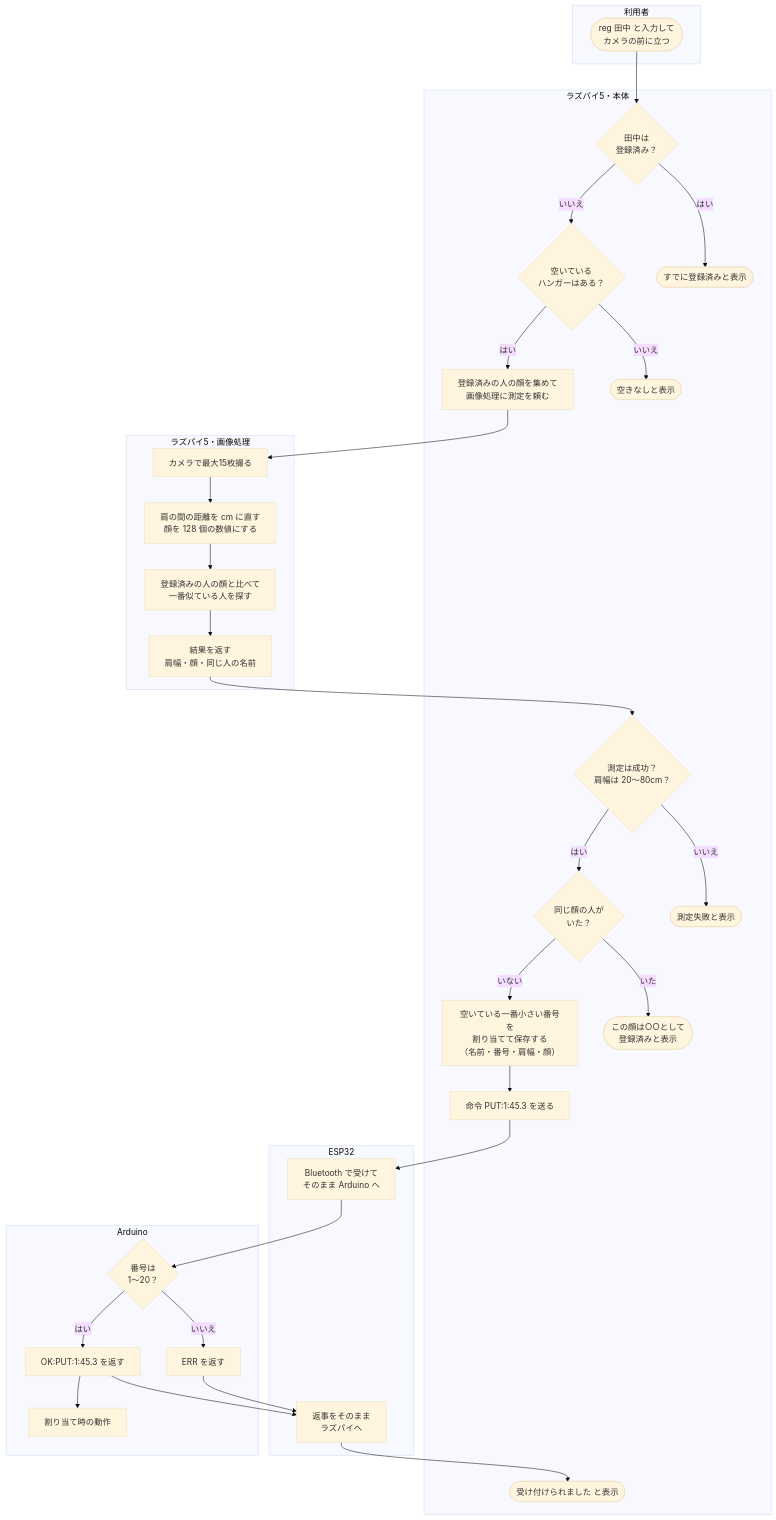
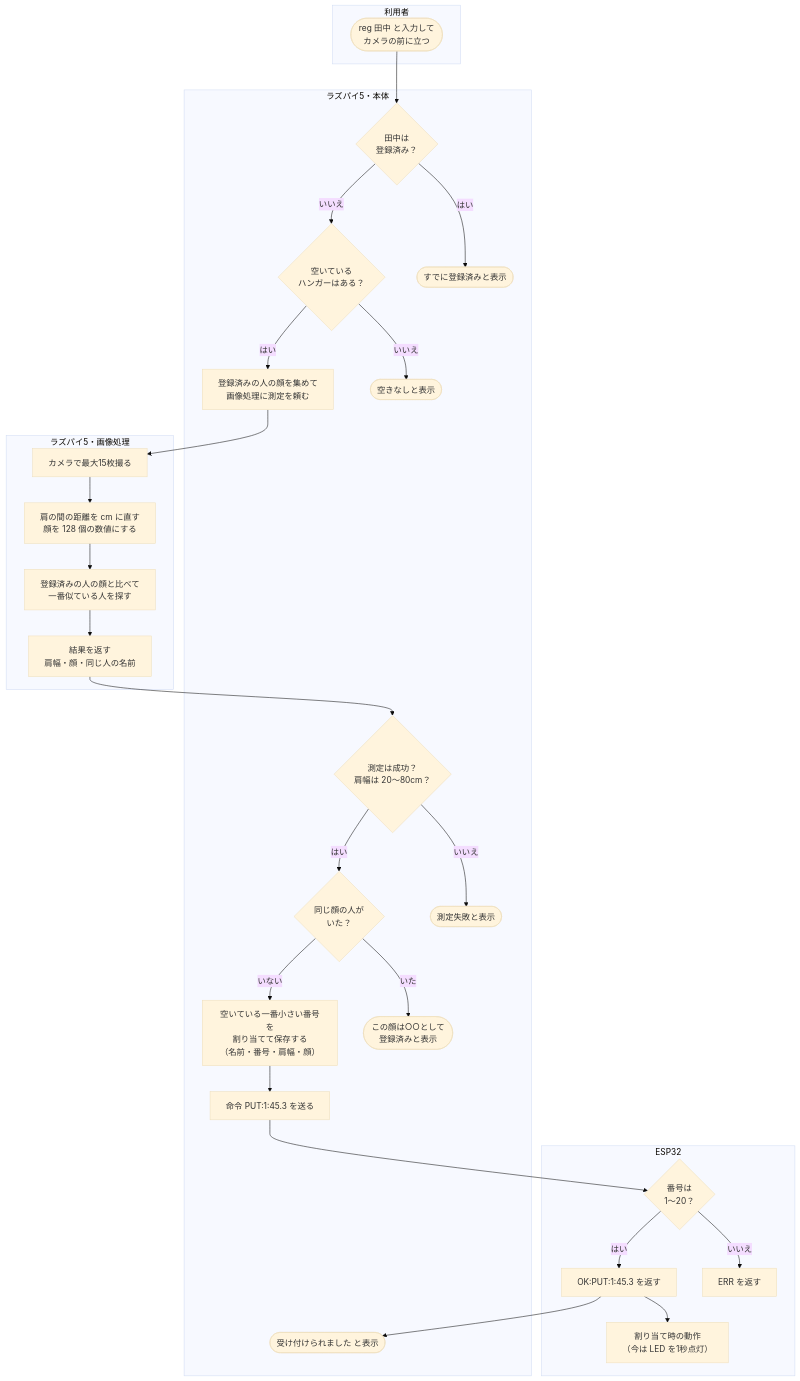
The first of 2 diagrams in FLOW.md (NUMAyu-stu/Hanger-system-forAll), drawn with Mermaid (base theme) before and after one commit. The commit also changed other lines of this file and 19 other files, not shown here.

````diff
--- a/FLOW.md
+++ b/FLOW.md
@@ -36,54 +36,48 @@
 ```mermaid
 flowchart TD
   subgraph U["利用者"]
     A(["reg 田中 と入力して<br/>カメラの前に立つ"])
   end
   subgraph B["ラズパイ5・本体"]
     B1{"田中は<br/>登録済み？"}
     B2{"空いている<br/>ハンガーはある？"}
     B3["登録済みの人の顔を集めて<br/>画像処理に測定を頼む"]
     B4{"測定は成功？<br/>肩幅は 20〜80cm？"}
     B5{"同じ顔の人が<br/>いた？"}
     B6["空いている一番小さい番号を<br/>割り当てて保存する<br/>（名前・番号・肩幅・顔）"]
     B7["命令 PUT:1:45.3 を送る"]
     B8(["受け付けられました と表示"])
     X1(["すでに登録済みと表示"])
     X2(["空きなしと表示"])
     X3(["測定失敗と表示"])
     X4(["この顔は○○として<br/>登録済みと表示"])
   end
   subgraph V["ラズパイ5・画像処理"]
     V1["カメラで最大15枚撮る"]
     V2["肩の間の距離を cm に直す<br/>顔を 128 個の数値にする"]
     V3["登録済みの人の顔と比べて<br/>一番似ている人を探す"]
     V4["結果を返す<br/>肩幅・顔・同じ人の名前"]
   end
   subgraph E["ESP32"]
-    E1["Bluetooth で受けて<br/>そのまま Arduino へ"]
-    E2["返事をそのまま<br/>ラズパイへ"]
-  end
-  subgraph R["Arduino"]
-    R1{"番号は<br/>1〜20？"}
-    R2["OK:PUT:1:45.3 を返す"]
-    R3["割り当て時の動作"]
-    R4["ERR を返す"]
+    E1{"番号は<br/>1〜20？"}
+    E2["OK:PUT:1:45.3 を返す"]
+    E3["割り当て時の動作<br/>（今は LED を1秒点灯）"]
+    E4["ERR を返す"]
   end
 
   A --> B1
   B1 -- はい --> X1
   B1 -- いいえ --> B2
   B2 -- いいえ --> X2
   B2 -- はい --> B3
   B3 --> V1 --> V2 --> V3 --> V4
   V4 --> B4
   B4 -- いいえ --> X3
   B4 -- はい --> B5
   B5 -- いた --> X4
   B5 -- いない --> B6 --> B7
-  B7 --> E1 --> R1
-  R1 -- はい --> R2 --> R3
-  R1 -- いいえ --> R4
-  R2 --> E2
-  R4 --> E2
+  B7 --> E1
+  E1 -- はい --> E2 --> E3
+  E1 -- いいえ --> E4
   E2 --> B8
 ```
````
